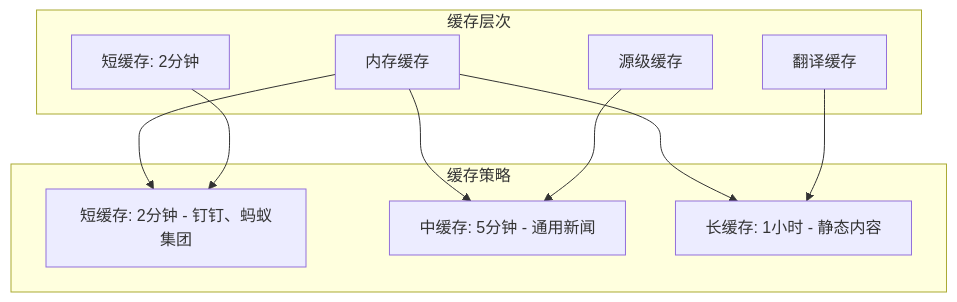
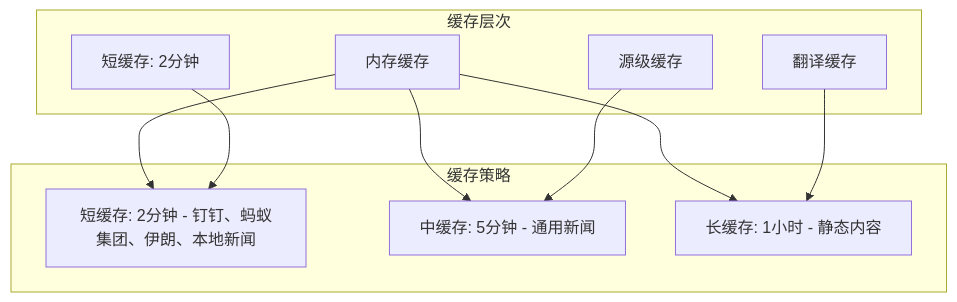
Before and after one commit to zuozuoliu740-cmd/xianxiong-news: the second of 17 diagrams in .qoder/repowiki/zh/content/核心功能模块/新闻数据获取系统.md, drawn with Mermaid. The commit also changed other lines of this file and 16 other files, not shown here.

````diff
--- a/.qoder/repowiki/zh/content/核心功能模块/新闻数据获取系统.md
+++ b/.qoder/repowiki/zh/content/核心功能模块/新闻数据获取系统.md
@@ -186,20 +231,20 @@
 ```mermaid
 graph TB
 subgraph "缓存层次"
 MemoryCache[内存缓存]
 SourceCache[源级缓存]
 TranslateCache[翻译缓存]
 ShortCache[短缓存: 2分钟]
 end
 subgraph "缓存策略"
-ShortTTL[短缓存: 2分钟 - 钉钉、蚂蚁集团]
+ShortTTL[短缓存: 2分钟 - 钉钉、蚂蚁集团、伊朗、本地新闻]
 MediumTTL[中缓存: 5分钟 - 通用新闻]
 LongTTL[长缓存: 1小时 - 静态内容]
 end
 MemoryCache --> ShortTTL
 MemoryCache --> MediumTTL
 MemoryCache --> LongTTL
 SourceCache --> MediumTTL
 TranslateCache --> LongTTL
 ShortCache --> ShortTTL
 ```
````
